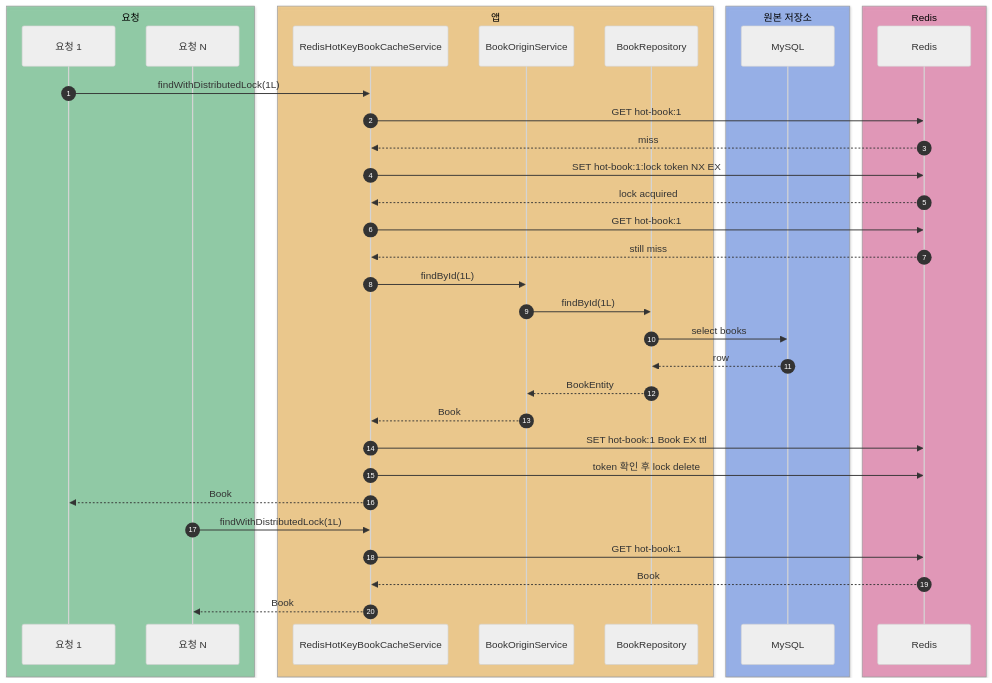
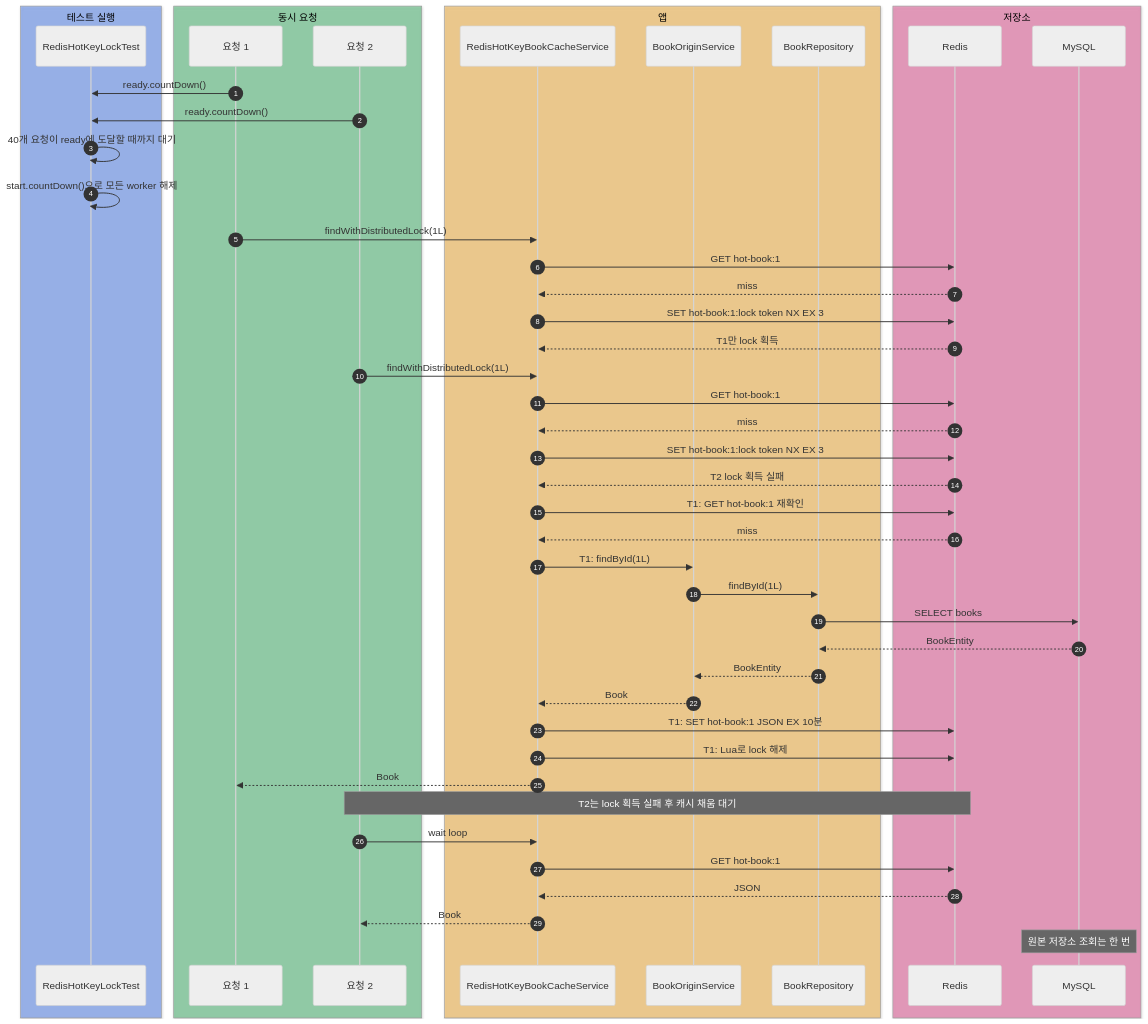
Before and after one commit to HJC96/deep-dive: the eighth of 9 diagrams in labs/spring-cache-redis/README.md, drawn with Mermaid (neutral theme). The commit also changed other lines of this file and 4 other files, not shown here.

````diff
--- a/labs/spring-cache-redis/README.md
+++ b/labs/spring-cache-redis/README.md
@@ -157,45 +351,57 @@
 ```mermaid
 sequenceDiagram
     autonumber
 
-    box rgba(22, 163, 74, 0.40) 요청
+    box rgba(37, 99, 235, 0.40) 테스트 실행
+    participant Test as RedisHotKeyLockTest
+    end
+
+    box rgba(22, 163, 74, 0.40) 동시 요청
     participant T1 as 요청 1
-    participant Tn as 요청 N
+    participant T2 as 요청 2
     end
 
     box rgba(245, 158, 11, 0.40) 앱
     participant Service as RedisHotKeyBookCacheService
     participant Origin as BookOriginService
     participant Repository as BookRepository
     end
 
-    box rgba(37, 99, 235, 0.40) 원본 저장소
+    box rgba(219, 39, 119, 0.40) 저장소
+    participant Redis as Redis
     participant MySQL as MySQL
     end
 
-    box rgba(219, 39, 119, 0.40) Redis
-    participant Redis as Redis
-    end
-
+    T1->>Test: ready.countDown()
+    T2->>Test: ready.countDown()
+    Test->>Test: 40개 요청이 ready에 도달할 때까지 대기
+    Test->>Test: start.countDown()으로 모든 worker 해제
     T1->>Service: findWithDistributedLock(1L)
     Service->>Redis: GET hot-book:1
     Redis-->>Service: miss
-    Service->>Redis: SET hot-book:1:lock token NX EX
-    Redis-->>Service: lock acquired
+    Service->>Redis: SET hot-book:1:lock token NX EX 3
+    Redis-->>Service: T1만 lock 획득
+    T2->>Service: findWithDistributedLock(1L)
     Service->>Redis: GET hot-book:1
-    Redis-->>Service: still miss
-    Service->>Origin: findById(1L)
+    Redis-->>Service: miss
+    Service->>Redis: SET hot-book:1:lock token NX EX 3
+    Redis-->>Service: T2 lock 획득 실패
+    Service->>Redis: T1: GET hot-book:1 재확인
+    Redis-->>Service: miss
+    Service->>Origin: T1: findById(1L)
     Origin->>Repository: findById(1L)
-    Repository->>MySQL: select books
-    MySQL-->>Repository: row
+    Repository->>MySQL: SELECT books
+    MySQL-->>Repository: BookEntity
     Repository-->>Origin: BookEntity
     Origin-->>Service: Book
-    Service->>Redis: SET hot-book:1 Book EX ttl
-    Service->>Redis: token 확인 후 lock delete
+    Service->>Redis: T1: SET hot-book:1 JSON EX 10분
+    Service->>Redis: T1: Lua로 lock 해제
     Service-->>T1: Book
 
-    Tn->>Service: findWithDistributedLock(1L)
+    Note over T2,Redis: T2는 lock 획득 실패 후 캐시 채움 대기
+    T2->>Service: wait loop
     Service->>Redis: GET hot-book:1
-    Redis-->>Service: Book
-    Service-->>Tn: Book
+    Redis-->>Service: JSON
+    Service-->>T2: Book
+    Note over MySQL: 원본 저장소 조회는 한 번
 ```
````
